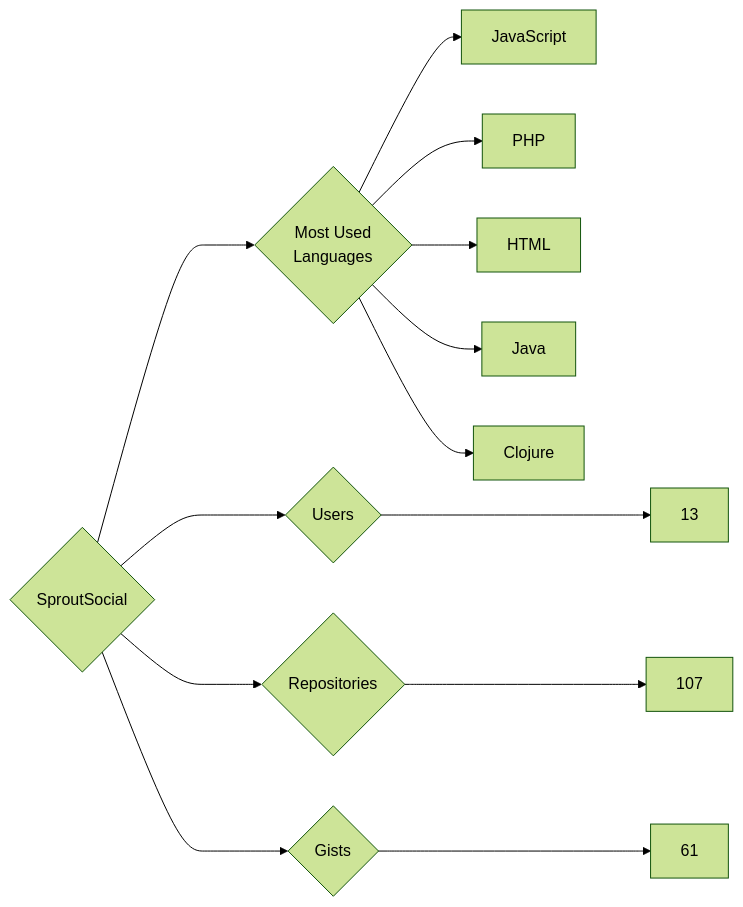
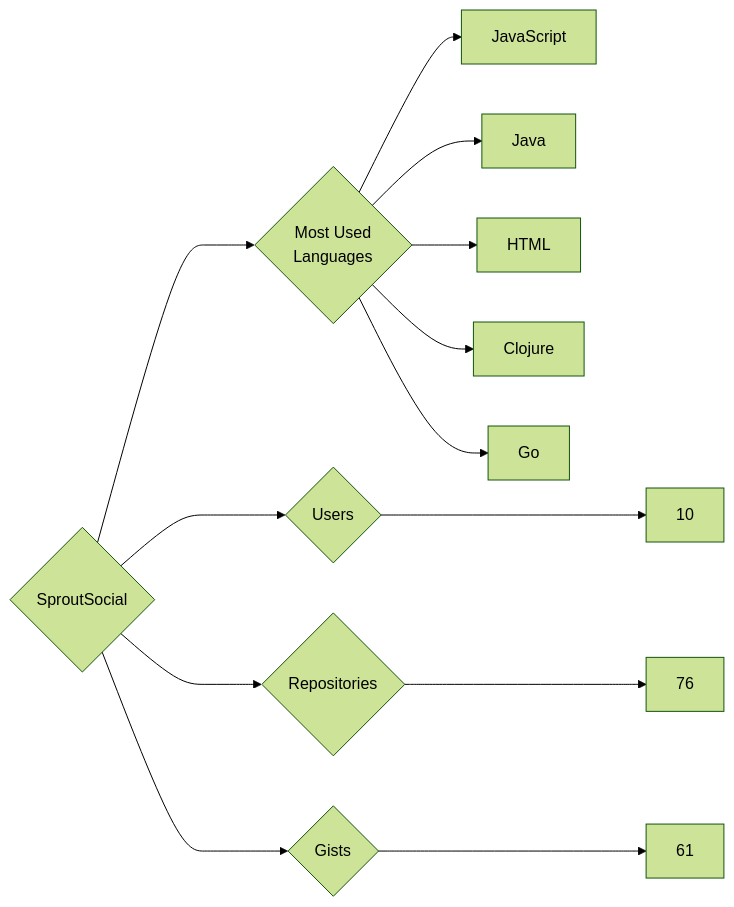
Before and after one commit to trickest/insiders: the diagram in targets/SproutSocial/README.md, drawn with Mermaid (forest theme). The commit also changed 1508 other files, not shown here.

````diff
--- a/targets/SproutSocial/README.md
+++ b/targets/SproutSocial/README.md
@@ -3,13 +3,13 @@
 ```mermaid
 graph LR
 COMPANY_NAME{SproutSocial}
-COMPANY_NAME ---> U{Users} ---> UN[13]
-COMPANY_NAME ---> R{Repositories} ---> RN[107]
+COMPANY_NAME ---> U{Users} ---> UN[10]
+COMPANY_NAME ---> R{Repositories} ---> RN[76]
 COMPANY_NAME ---> G{Gists} ---> GN[61]
 COMPANY_NAME ---> ML{Most Used<br>Languages}
 ML --> JavaScript[JavaScript]
-ML --> PHP[PHP]
+ML --> Java[Java]
 ML --> HTML[HTML]
-ML --> Java[Java]
 ML --> Clojure[Clojure]
+ML --> Go[Go]
 ```
````
